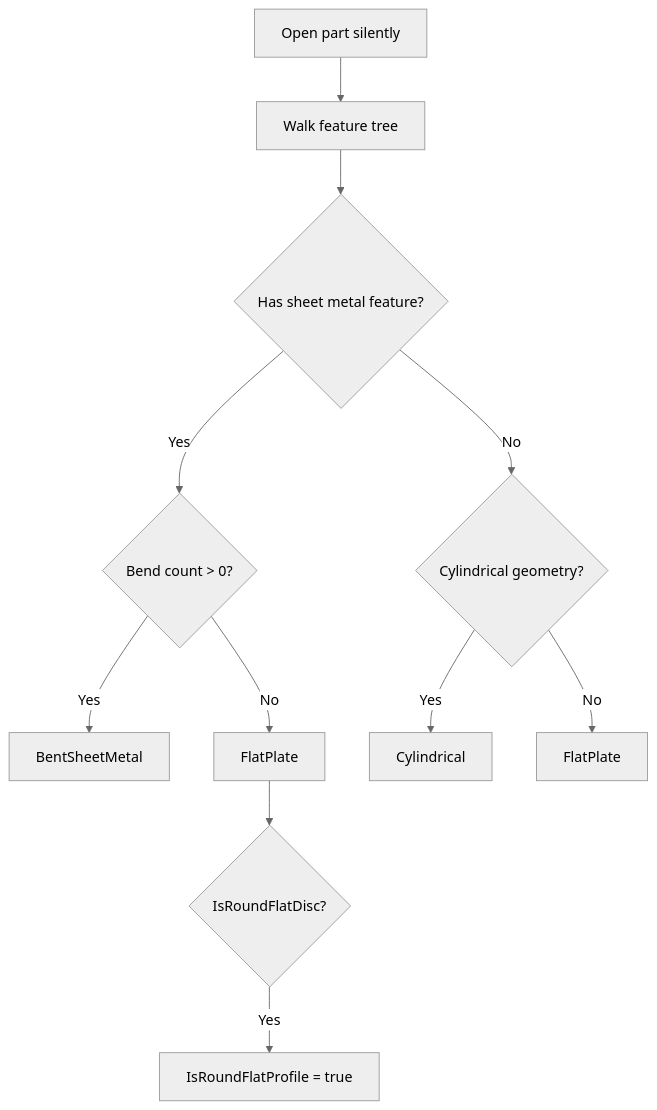
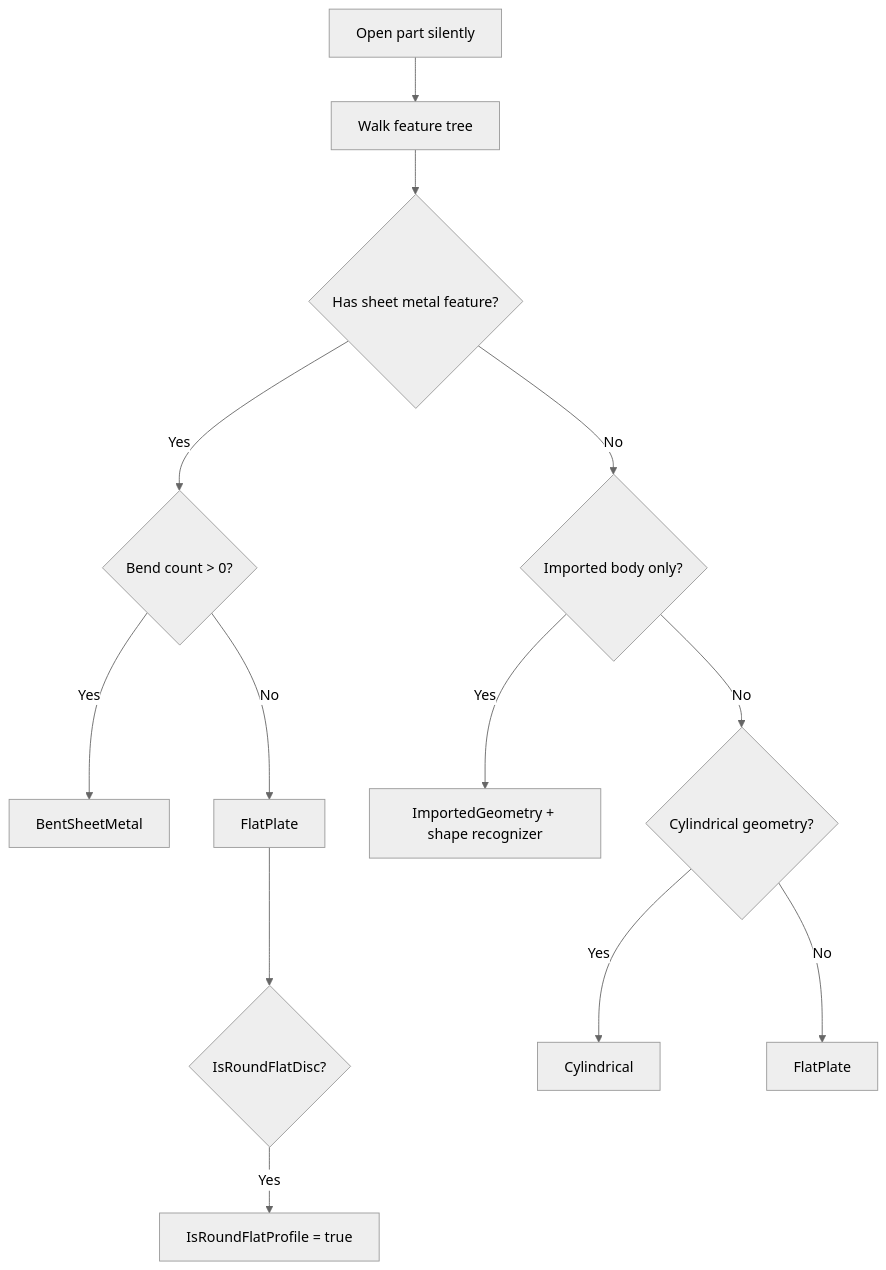
The diagram in Docs/drawing/part-classification.md (YurMil/SolidWorksTester), drawn with Mermaid (neutral theme) before and after one commit. The commit also changed other lines of this file and 63 other files, not shown here.

````diff
--- a/Docs/drawing/part-classification.md
+++ b/Docs/drawing/part-classification.md
@@ -28,13 +33,15 @@
 ```mermaid
 flowchart TD
     A[Open part silently] --> B[Walk feature tree]
     B --> C{Has sheet metal feature?}
     C -->|Yes| D{Bend count > 0?}
     D -->|Yes| E[BentSheetMetal]
     D -->|No| F[FlatPlate]
-    C -->|No| G{Cylindrical geometry?}
-    G -->|Yes| H[Cylindrical]
-    G -->|No| I[FlatPlate]
-    F --> J{IsRoundFlatDisc?}
-    J -->|Yes| K[IsRoundFlatProfile = true]
+    C -->|No| H{Imported body only?}
+    H -->|Yes| I[ImportedGeometry + shape recognizer]
+    H -->|No| G{Cylindrical geometry?}
+    G -->|Yes| J[Cylindrical]
+    G -->|No| K[FlatPlate]
+    F --> L{IsRoundFlatDisc?}
+    L -->|Yes| M[IsRoundFlatProfile = true]
 ```
````
